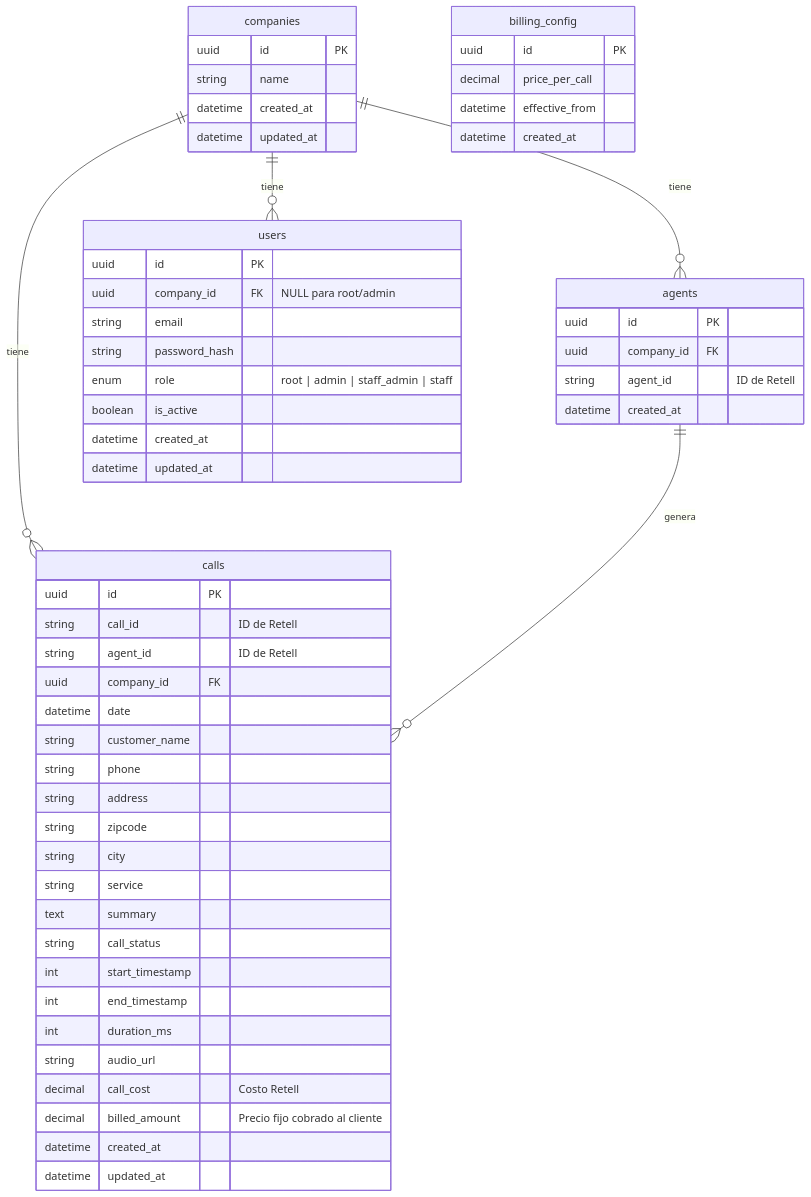
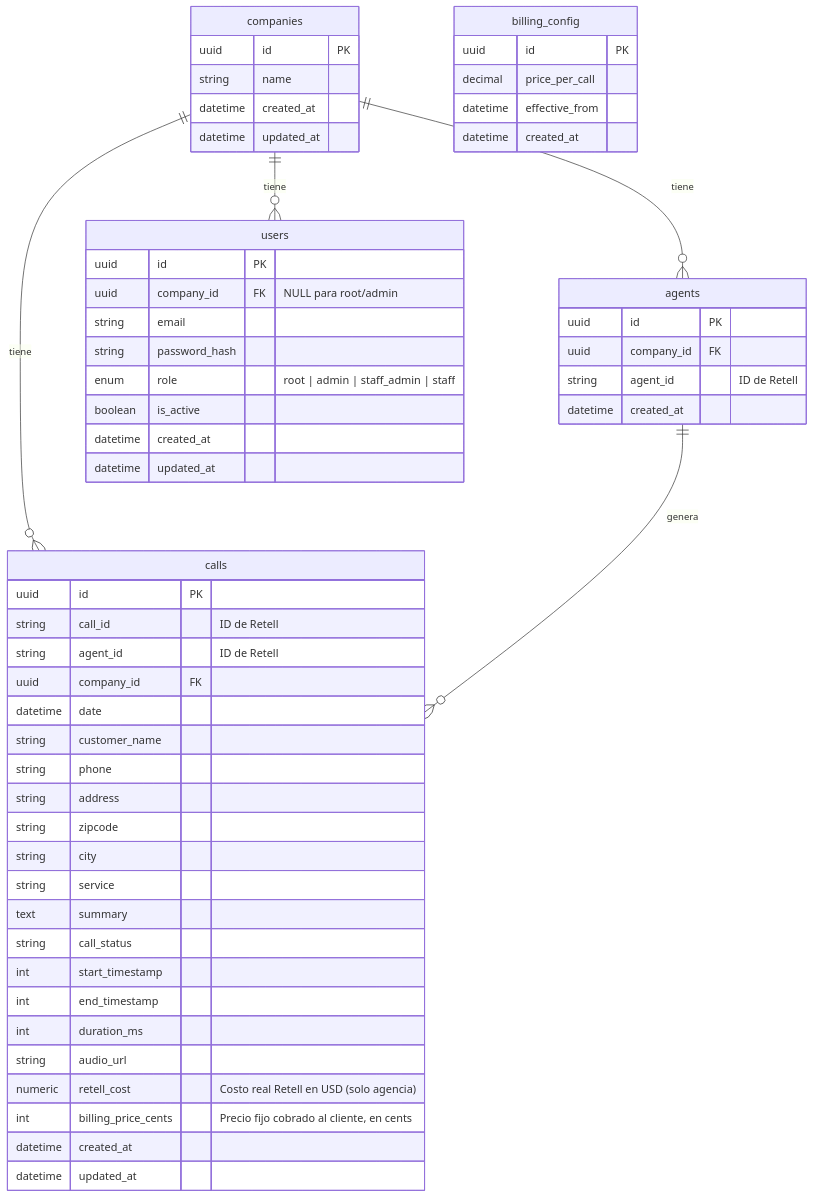
The diagram in docs/database.md (Tree-Service-Marketing-Agency/call-system), drawn with Mermaid before and after one commit. The commit also changed other lines of this file and 17 other files, not shown here.

````diff
--- a/docs/database.md
+++ b/docs/database.md
@@ -5,63 +5,63 @@
 ```mermaid
 erDiagram
     companies {
         uuid id PK
         string name
         datetime created_at
         datetime updated_at
     }
 
     agents {
         uuid id PK
         uuid company_id FK
         string agent_id "ID de Retell"
         datetime created_at
     }
 
     users {
         uuid id PK
         uuid company_id FK "NULL para root/admin"
         string email
         string password_hash
         enum role "root | admin | staff_admin | staff"
         boolean is_active
         datetime created_at
         datetime updated_at
     }
 
     calls {
         uuid id PK
         string call_id "ID de Retell"
         string agent_id "ID de Retell"
         uuid company_id FK
         datetime date
         string customer_name
         string phone
         string address
         string zipcode
         string city
         string service
         text summary
         string call_status
         int start_timestamp
         int end_timestamp
         int duration_ms
         string audio_url
-        decimal call_cost "Costo Retell"
-        decimal billed_amount "Precio fijo cobrado al cliente"
+        numeric retell_cost "Costo real Retell en USD (solo agencia)"
+        int billing_price_cents "Precio fijo cobrado al cliente, en cents"
         datetime created_at
         datetime updated_at
     }
 
     billing_config {
         uuid id PK
         decimal price_per_call
         datetime effective_from
         datetime created_at
     }
 
     companies ||--o{ agents : "tiene"
     companies ||--o{ users : "tiene"
     companies ||--o{ calls : "tiene"
     agents ||--o{ calls : "genera"
 ```
````
